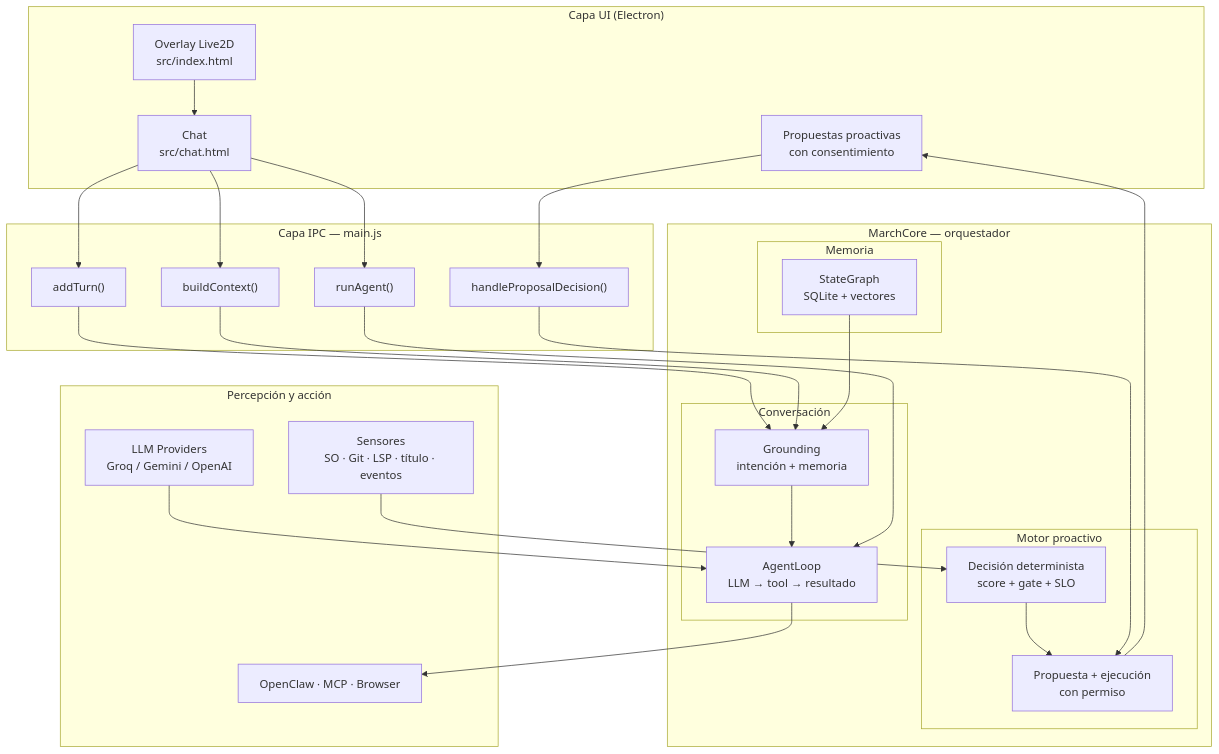
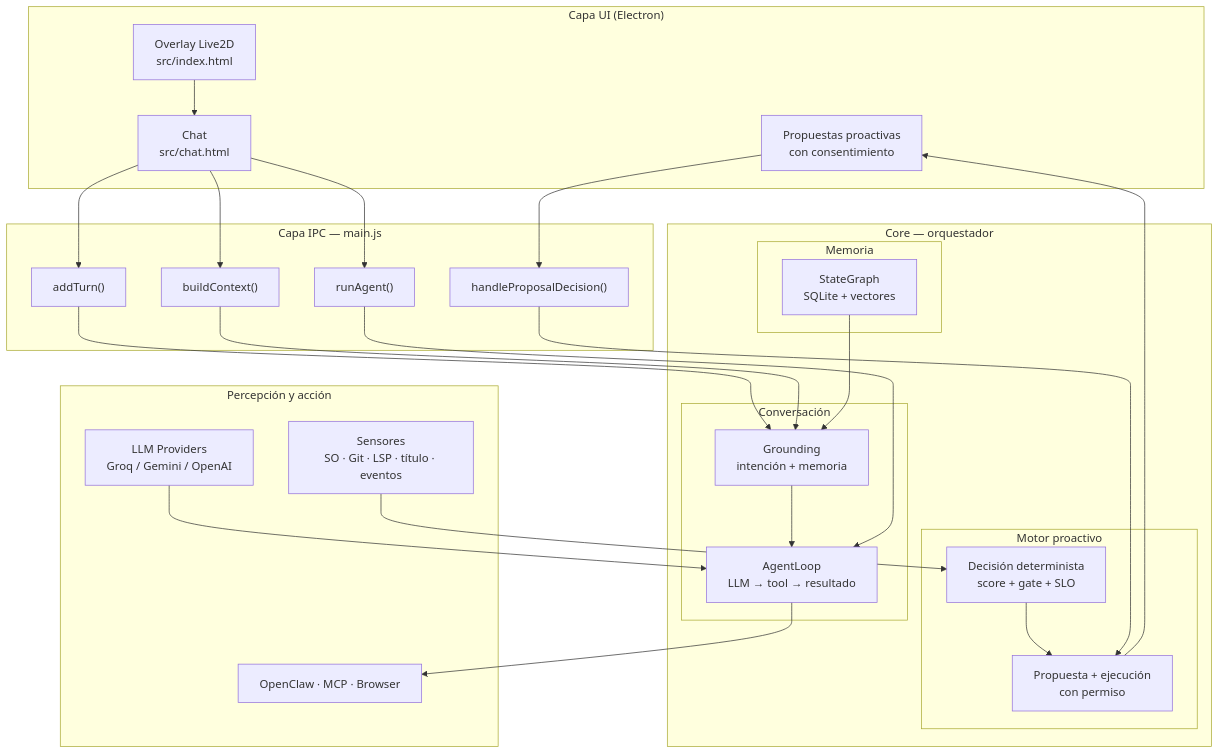
The first of 2 diagrams in README.md (Dregxmoon/Kaoru-Agent), drawn with Mermaid before and after one commit. The commit also changed other lines of this file and 72 other files, not shown here.

First line of the commit message:
refactor: elimina identidad 'March' (Core, BD, keychain, IPC) y arregla workspace, modelos y cierre

````diff
--- a/README.md
+++ b/README.md
@@ -40,47 +39,47 @@
 ```mermaid
 flowchart TD
     subgraph UI["Capa UI (Electron)"]
         OVERLAY["Overlay Live2D<br/>src/index.html"]
         CHAT["Chat<br/>src/chat.html"]
         BUBBLE["Propuestas proactivas<br/>con consentimiento"]
     end
 
     subgraph IPC["Capa IPC — main.js"]
         ADD["addTurn()"]
         BUILD["buildContext()"]
         AGENT["runAgent()"]
         DECIDE["handleProposalDecision()"]
     end
 
-    subgraph CORE["MarchCore — orquestador"]
+    subgraph CORE["Core — orquestador"]
         subgraph CHAT_FLOW["Conversación"]
             GROUND["Grounding<br/>intención + memoria"]
             LOOP["AgentLoop<br/>LLM → tool → resultado"]
         end
         subgraph MEM["Memoria"]
             GRAPH["StateGraph<br/>SQLite + vectores"]
         end
         subgraph PROACT["Motor proactivo"]
             DECISION["Decisión determinista<br/>score + gate + SLO"]
             PROPOSAL["Propuesta + ejecución<br/>con permiso"]
         end
         GROUND --> LOOP
     end
 
     subgraph PERC["Percepción y acción"]
         SENSORS["Sensores<br/>SO · Git · LSP · título · eventos"]
         LLM["LLM Providers<br/>Groq / Gemini / OpenAI"]
         TOOLS["OpenClaw · MCP · Browser"]
     end
 
     OVERLAY --> CHAT
     CHAT --> ADD --> GROUND
     CHAT --> AGENT --> LOOP
     CHAT --> BUILD --> GROUND
     GRAPH --> GROUND
     SENSORS --> DECISION
     DECISION --> PROPOSAL --> BUBBLE
     BUBBLE --> DECIDE --> PROPOSAL
     LLM --> LOOP
     LOOP --> TOOLS
 ```
````
